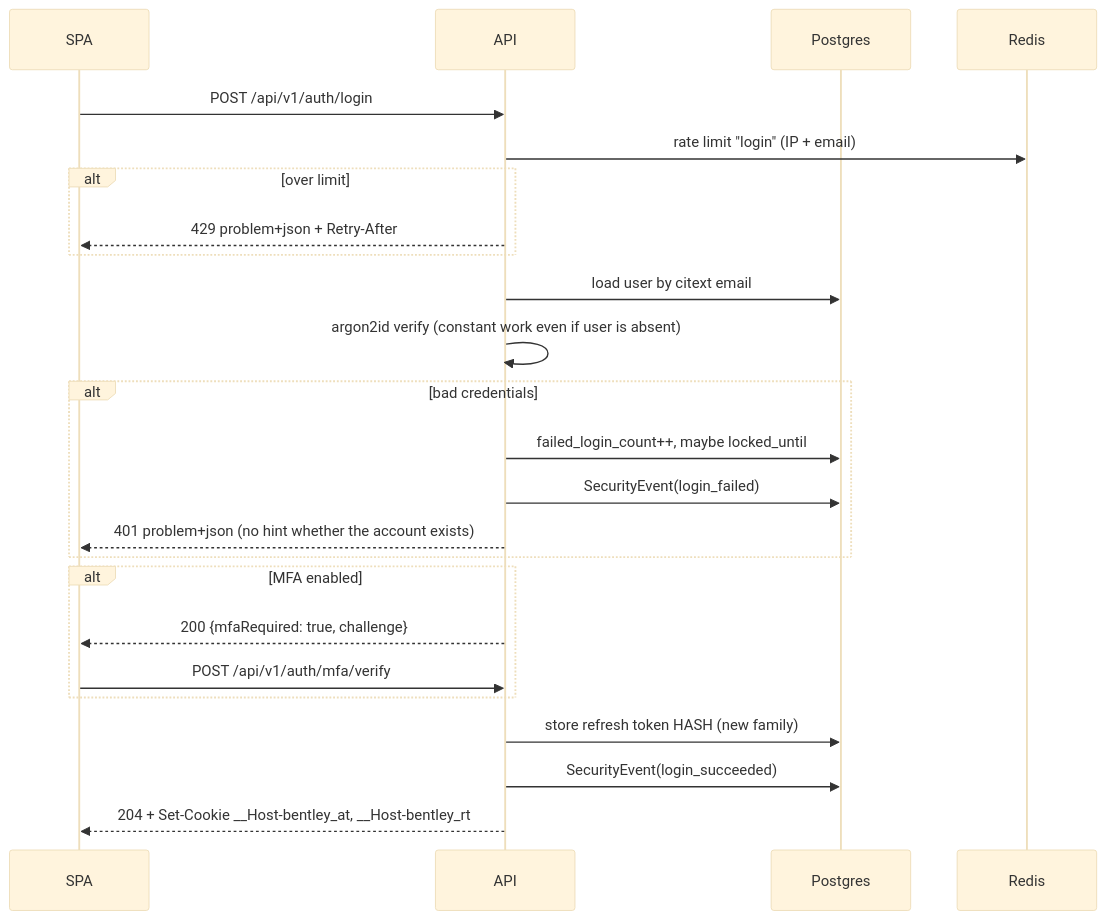
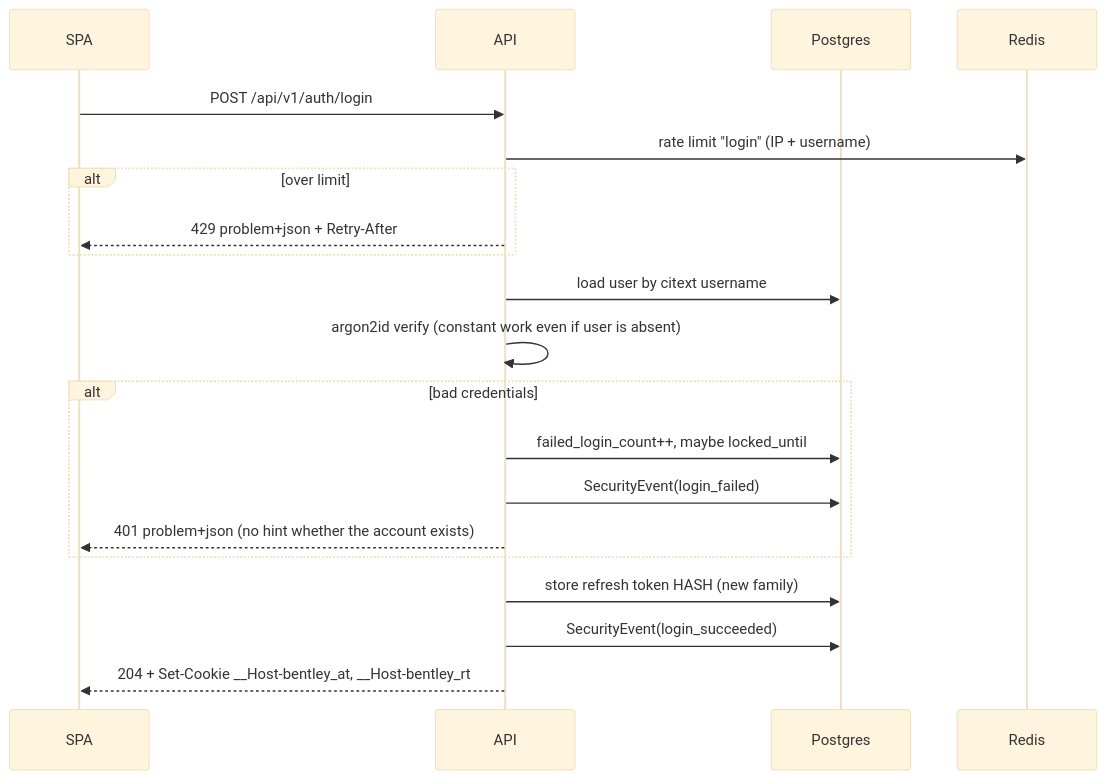
One commit to blackburn2601/bentley-skeleton changed the third of 4 diagrams in docs/ARCHITECTURE.md. Above: the diagram before and after it, drawn with Mermaid (base theme). The commit also changed other lines of this file and 129 other files, not shown here.

````diff
--- a/docs/ARCHITECTURE.md
+++ b/docs/ARCHITECTURE.md
@@ -148,27 +148,23 @@
 ```mermaid
 sequenceDiagram
     participant SPA
     participant API
     participant DB as Postgres
     participant R as Redis
 
     SPA->>API: POST /api/v1/auth/login
-    API->>R: rate limit "login" (IP + email)
+    API->>R: rate limit "login" (IP + username)
     alt over limit
         API-->>SPA: 429 problem+json + Retry-After
     end
-    API->>DB: load user by citext email
+    API->>DB: load user by citext username
     API->>API: argon2id verify (constant work even if user is absent)
     alt bad credentials
         API->>DB: failed_login_count++, maybe locked_until
         API->>DB: SecurityEvent(login_failed)
         API-->>SPA: 401 problem+json (no hint whether the account exists)
     end
-    alt MFA enabled
-        API-->>SPA: 200 {mfaRequired: true, challenge}
-        SPA->>API: POST /api/v1/auth/mfa/verify
-    end
     API->>DB: store refresh token HASH (new family)
     API->>DB: SecurityEvent(login_succeeded)
     API-->>SPA: 204 + Set-Cookie __Host-bentley_at, __Host-bentley_rt
 ```
````
